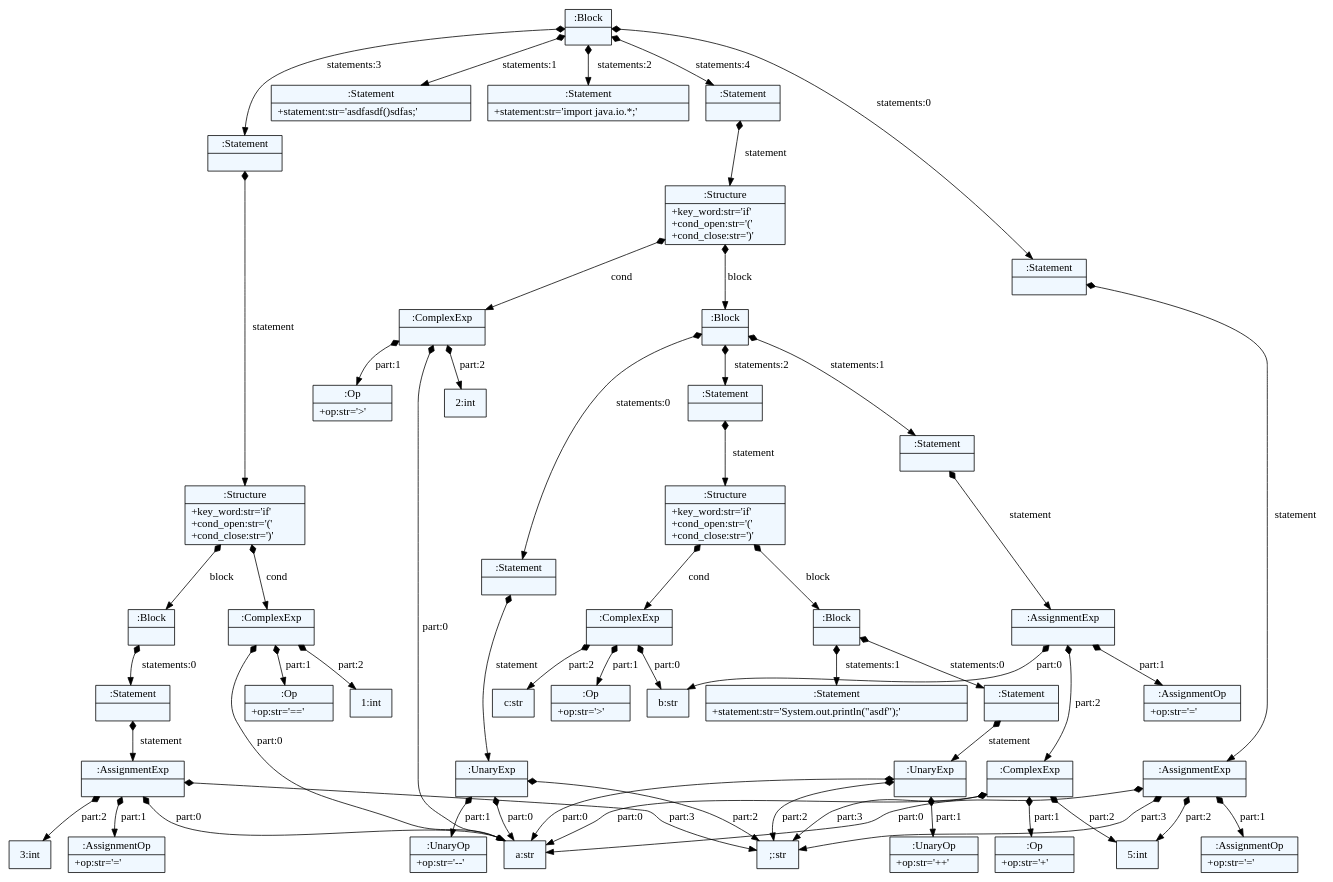
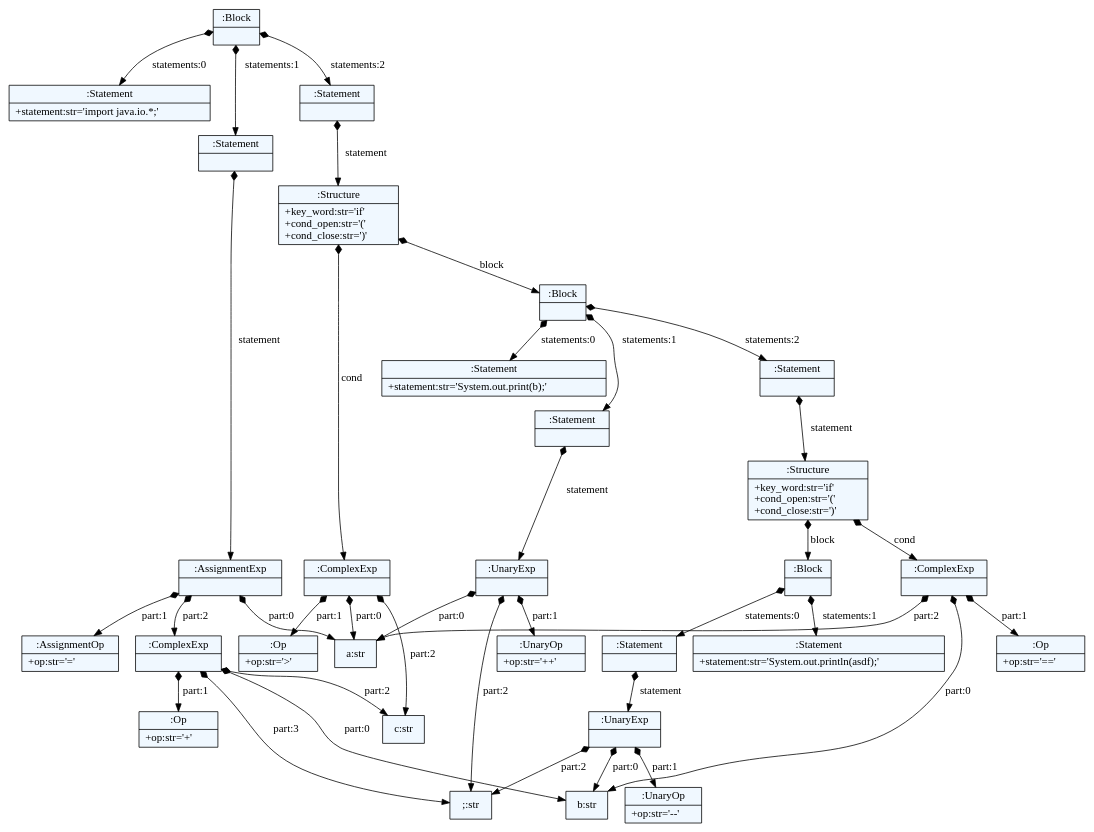
The diagram in dsl/model.dot (ajokic1/dsl), drawn with Graphviz before and after one commit. The commit also changed 7 other files, not shown here.

```diff
--- a/dsl/model.dot
+++ b/dsl/model.dot
@@ -1,106 +1,76 @@
 
     digraph textX {
     fontname = "Bitstream Vera Sans"
     fontsize = 8
     node[
         shape=record,
         style=filled,
         fillcolor=aliceblue
     ]
     nodesep = 0.3
     edge[dir=black,arrowtail=empty]
 
 
-140261613565216 -> 140261613434960 [label="statements:0" arrowtail=diamond dir=both]
-140261613434960 -> 140261613435392 [label="statement" arrowtail=diamond dir=both]
-140261613435392 -> "a:str" [label="part:0" arrowtail=diamond dir=both]
-140261613435392 -> 140261613436256 [label="part:1" arrowtail=diamond dir=both]
-140261613436256[label="{:AssignmentOp|+op:str='='\l}"]
-140261613435392 -> "5:int" [label="part:2" arrowtail=diamond dir=both]
-140261613435392 -> ";:str" [label="part:3" arrowtail=diamond dir=both]
-140261613435392[label="{:AssignmentExp|}"]
-140261613434960[label="{:Statement|}"]
-140261613565216 -> 140261613436832 [label="statements:1" arrowtail=diamond dir=both]
-140261613436832[label="{:Statement|+statement:str='asdfasdf()sdfas;'\l}"]
-140261613565216 -> 140261613436352 [label="statements:2" arrowtail=diamond dir=both]
-140261613436352[label="{:Statement|+statement:str='import java.io.*;'\l}"]
-140261613565216 -> 140261613435536 [label="statements:3" arrowtail=diamond dir=both]
-140261613435536 -> 140261613434000 [label="statement" arrowtail=diamond dir=both]
-140261613434000 -> 140261613435728 [label="cond" arrowtail=diamond dir=both]
-140261613435728 -> "a:str" [label="part:0" arrowtail=diamond dir=both]
-140261613435728 -> 140261613499248 [label="part:1" arrowtail=diamond dir=both]
-140261613499248[label="{:Op|+op:str='=='\l}"]
-140261613435728 -> "1:int" [label="part:2" arrowtail=diamond dir=both]
-140261613435728[label="{:ComplexExp|}"]
-140261613434000 -> 140261613500304 [label="block" arrowtail=diamond dir=both]
-140261613500304 -> 140261613500160 [label="statements:0" arrowtail=diamond dir=both]
-140261613500160 -> 140261613501504 [label="statement" arrowtail=diamond dir=both]
-140261613501504 -> "a:str" [label="part:0" arrowtail=diamond dir=both]
-140261613501504 -> 140261613501792 [label="part:1" arrowtail=diamond dir=both]
-140261613501792[label="{:AssignmentOp|+op:str='='\l}"]
-140261613501504 -> "3:int" [label="part:2" arrowtail=diamond dir=both]
-140261613501504 -> ";:str" [label="part:3" arrowtail=diamond dir=both]
-140261613501504[label="{:AssignmentExp|}"]
-140261613500160[label="{:Statement|}"]
-140261613500304[label="{:Block|}"]
-140261613434000[label="{:Structure|+key_word:str='if'\l+cond_open:str='('\l+cond_close:str=')'\l}"]
-140261613435536[label="{:Statement|}"]
-140261613565216 -> 140261613435344 [label="statements:4" arrowtail=diamond dir=both]
-140261613435344 -> 140261613500112 [label="statement" arrowtail=diamond dir=both]
-140261613500112 -> 140261613501696 [label="cond" arrowtail=diamond dir=both]
-140261613501696 -> "a:str" [label="part:0" arrowtail=diamond dir=both]
-140261613501696 -> 140261613501936 [label="part:1" arrowtail=diamond dir=both]
-140261613501936[label="{:Op|+op:str='\>'\l}"]
-140261613501696 -> "2:int" [label="part:2" arrowtail=diamond dir=both]
-140261613501696[label="{:ComplexExp|}"]
-140261613500112 -> 140261613502032 [label="block" arrowtail=diamond dir=both]
-140261613502032 -> 140261613502224 [label="statements:0" arrowtail=diamond dir=both]
-140261613502224 -> 140261613502368 [label="statement" arrowtail=diamond dir=both]
-140261613502368 -> "a:str" [label="part:0" arrowtail=diamond dir=both]
-140261613502368 -> 140261613289584 [label="part:1" arrowtail=diamond dir=both]
-140261613289584[label="{:UnaryOp|+op:str='--'\l}"]
-140261613502368 -> ";:str" [label="part:2" arrowtail=diamond dir=both]
-140261613502368[label="{:UnaryExp|}"]
-140261613502224[label="{:Statement|}"]
-140261613502032 -> 140261613502320 [label="statements:1" arrowtail=diamond dir=both]
-140261613502320 -> 140261613289680 [label="statement" arrowtail=diamond dir=both]
-140261613289680 -> "b:str" [label="part:0" arrowtail=diamond dir=both]
-140261613289680 -> 140261613289824 [label="part:1" arrowtail=diamond dir=both]
-140261613289824[label="{:AssignmentOp|+op:str='='\l}"]
-140261613289680 -> 140261613289920 [label="part:2" arrowtail=diamond dir=both]
-140261613289920 -> "a:str" [label="part:0" arrowtail=diamond dir=both]
-140261613289920 -> 140261613290064 [label="part:1" arrowtail=diamond dir=both]
-140261613290064[label="{:Op|+op:str='+'\l}"]
-140261613289920 -> "5:int" [label="part:2" arrowtail=diamond dir=both]
-140261613289920 -> ";:str" [label="part:3" arrowtail=diamond dir=both]
-140261613289920[label="{:ComplexExp|}"]
-140261613289680[label="{:AssignmentExp|}"]
-140261613502320[label="{:Statement|}"]
-140261613502032 -> 140261613289536 [label="statements:2" arrowtail=diamond dir=both]
-140261613289536 -> 140261613290160 [label="statement" arrowtail=diamond dir=both]
-140261613290160 -> 140261613290256 [label="cond" arrowtail=diamond dir=both]
-140261613290256 -> "b:str" [label="part:0" arrowtail=diamond dir=both]
-140261613290256 -> 140261613290400 [label="part:1" arrowtail=diamond dir=both]
-140261613290400[label="{:Op|+op:str='\>'\l}"]
-140261613290256 -> "c:str" [label="part:2" arrowtail=diamond dir=both]
-140261613290256[label="{:ComplexExp|}"]
-140261613290160 -> 140261613290352 [label="block" arrowtail=diamond dir=both]
-140261613290352 -> 140261613290640 [label="statements:0" arrowtail=diamond dir=both]
-140261613290640 -> 140261613290784 [label="statement" arrowtail=diamond dir=both]
-140261613290784 -> "a:str" [label="part:0" arrowtail=diamond dir=both]
-140261613290784 -> 140261613290928 [label="part:1" arrowtail=diamond dir=both]
-140261613290928[label="{:UnaryOp|+op:str='++'\l}"]
-140261613290784 -> ";:str" [label="part:2" arrowtail=diamond dir=both]
-140261613290784[label="{:UnaryExp|}"]
-140261613290640[label="{:Statement|}"]
-140261613290352 -> 140261613290736 [label="statements:1" arrowtail=diamond dir=both]
-140261613290736[label="{:Statement|+statement:str='System.out.println(\"asdf\");'\l}"]
-140261613290352[label="{:Block|}"]
-140261613290160[label="{:Structure|+key_word:str='if'\l+cond_open:str='('\l+cond_close:str=')'\l}"]
-140261613289536[label="{:Statement|}"]
-140261613502032[label="{:Block|}"]
-140261613500112[label="{:Structure|+key_word:str='if'\l+cond_open:str='('\l+cond_close:str=')'\l}"]
-140261613435344[label="{:Statement|}"]
-140261613565216[label="{:Block|}"]
+140634459842208 -> 140634459788096 [label="statements:0" arrowtail=diamond dir=both]
+140634459788096[label="{:Statement|+statement:str='import java.io.*;'\l}"]
+140634459842208 -> 140634459789968 [label="statements:1" arrowtail=diamond dir=both]
+140634459789968 -> 140634459789632 [label="statement" arrowtail=diamond dir=both]
+140634459789632 -> "a:str" [label="part:0" arrowtail=diamond dir=both]
+140634459789632 -> 140634460093600 [label="part:1" arrowtail=diamond dir=both]
+140634460093600[label="{:AssignmentOp|+op:str='='\l}"]
+140634459789632 -> 140634460093552 [label="part:2" arrowtail=diamond dir=both]
+140634460093552 -> "b:str" [label="part:0" arrowtail=diamond dir=both]
+140634460093552 -> 140634460093504 [label="part:1" arrowtail=diamond dir=both]
+140634460093504[label="{:Op|+op:str='+'\l}"]
+140634460093552 -> "c:str" [label="part:2" arrowtail=diamond dir=both]
+140634460093552 -> ";:str" [label="part:3" arrowtail=diamond dir=both]
+140634460093552[label="{:ComplexExp|}"]
+140634459789632[label="{:AssignmentExp|}"]
+140634459789968[label="{:Statement|}"]
+140634459842208 -> 140634459790688 [label="statements:2" arrowtail=diamond dir=both]
+140634459790688 -> 140634460180880 [label="statement" arrowtail=diamond dir=both]
+140634460180880 -> 140634460180832 [label="cond" arrowtail=diamond dir=both]
+140634460180832 -> "a:str" [label="part:0" arrowtail=diamond dir=both]
+140634460180832 -> 140634460181072 [label="part:1" arrowtail=diamond dir=both]
+140634460181072[label="{:Op|+op:str='\>'\l}"]
+140634460180832 -> "c:str" [label="part:2" arrowtail=diamond dir=both]
+140634460180832[label="{:ComplexExp|}"]
+140634460180880 -> 140634460181216 [label="block" arrowtail=diamond dir=both]
+140634460181216 -> 140634460197264 [label="statements:0" arrowtail=diamond dir=both]
+140634460197264[label="{:Statement|+statement:str='System.out.print(b);'\l}"]
+140634460181216 -> 140634460197552 [label="statements:1" arrowtail=diamond dir=both]
+140634460197552 -> 140634460197792 [label="statement" arrowtail=diamond dir=both]
+140634460197792 -> "a:str" [label="part:0" arrowtail=diamond dir=both]
+140634460197792 -> 140634460197936 [label="part:1" arrowtail=diamond dir=both]
+140634460197936[label="{:UnaryOp|+op:str='++'\l}"]
+140634460197792 -> ";:str" [label="part:2" arrowtail=diamond dir=both]
+140634460197792[label="{:UnaryExp|}"]
+140634460197552[label="{:Statement|}"]
+140634460181216 -> 140634460180736 [label="statements:2" arrowtail=diamond dir=both]
+140634460180736 -> 140634460198032 [label="statement" arrowtail=diamond dir=both]
+140634460198032 -> 140634460198128 [label="cond" arrowtail=diamond dir=both]
+140634460198128 -> "b:str" [label="part:0" arrowtail=diamond dir=both]
+140634460198128 -> 140634460198272 [label="part:1" arrowtail=diamond dir=both]
+140634460198272[label="{:Op|+op:str='=='\l}"]
+140634460198128 -> "a:str" [label="part:2" arrowtail=diamond dir=both]
+140634460198128[label="{:ComplexExp|}"]
+140634460198032 -> 140634460198224 [label="block" arrowtail=diamond dir=both]
+140634460198224 -> 140634460198512 [label="statements:0" arrowtail=diamond dir=both]
+140634460198512 -> 140634460198656 [label="statement" arrowtail=diamond dir=both]
+140634460198656 -> "b:str" [label="part:0" arrowtail=diamond dir=both]
+140634460198656 -> 140634460198800 [label="part:1" arrowtail=diamond dir=both]
+140634460198800[label="{:UnaryOp|+op:str='--'\l}"]
+140634460198656 -> ";:str" [label="part:2" arrowtail=diamond dir=both]
+140634460198656[label="{:UnaryExp|}"]
+140634460198512[label="{:Statement|}"]
+140634460198224 -> 140634460198608 [label="statements:1" arrowtail=diamond dir=both]
+140634460198608[label="{:Statement|+statement:str='System.out.println(asdf);'\l}"]
+140634460198224[label="{:Block|}"]
+140634460198032[label="{:Structure|+key_word:str='if'\l+cond_open:str='('\l+cond_close:str=')'\l}"]
+140634460180736[label="{:Statement|}"]
+140634460181216[label="{:Block|}"]
+140634460180880[label="{:Structure|+key_word:str='if'\l+cond_open:str='('\l+cond_close:str=')'\l}"]
+140634459790688[label="{:Statement|}"]
+140634459842208[label="{:Block|}"]
 
 }
```
